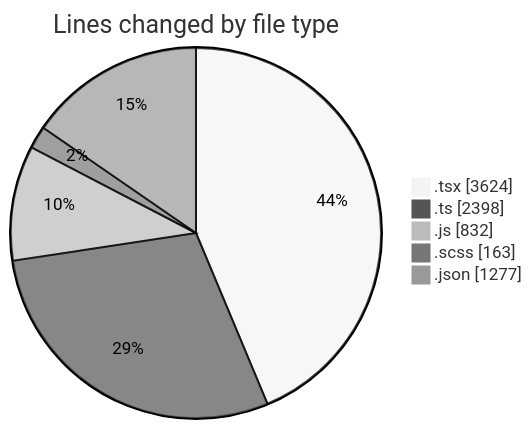
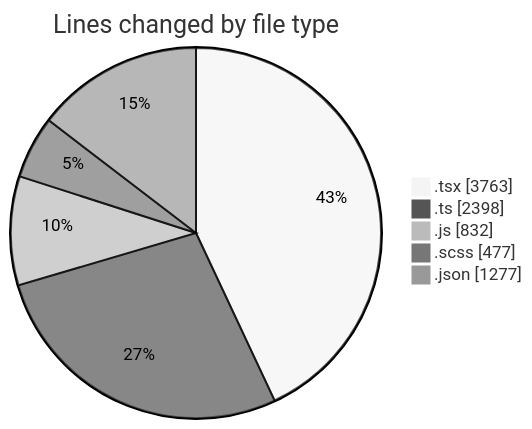
Before and after one commit to momahboobian/code-tracking: the first of 2 diagrams in 2026-06-15/cda/README.md, drawn with Mermaid (neutral theme). The commit also changed other lines of this file and 1 other file, not shown here.

````diff
--- a/2026-06-15/cda/README.md
+++ b/2026-06-15/cda/README.md
@@ -67,9 +69,9 @@
 ```mermaid
 pie showData
 title Lines changed by file type
-".tsx" : 3624
+".tsx" : 3763
 ".ts" : 2398
 ".js" : 832
-".scss" : 163
+".scss" : 477
 ".json" : 1277
 ```
````
